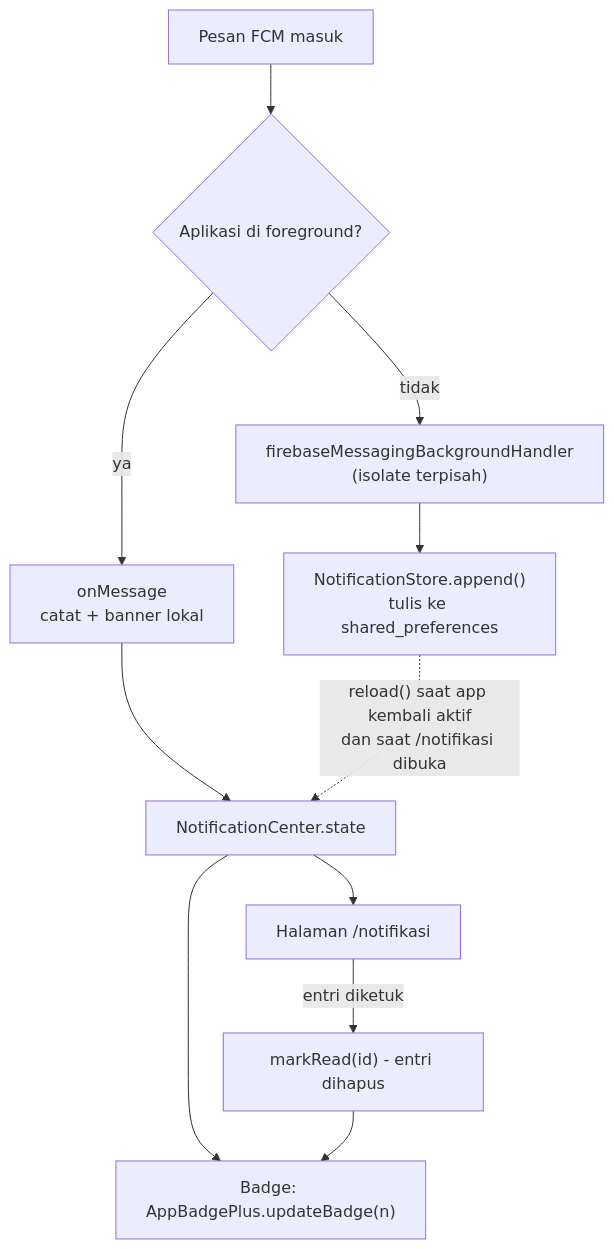
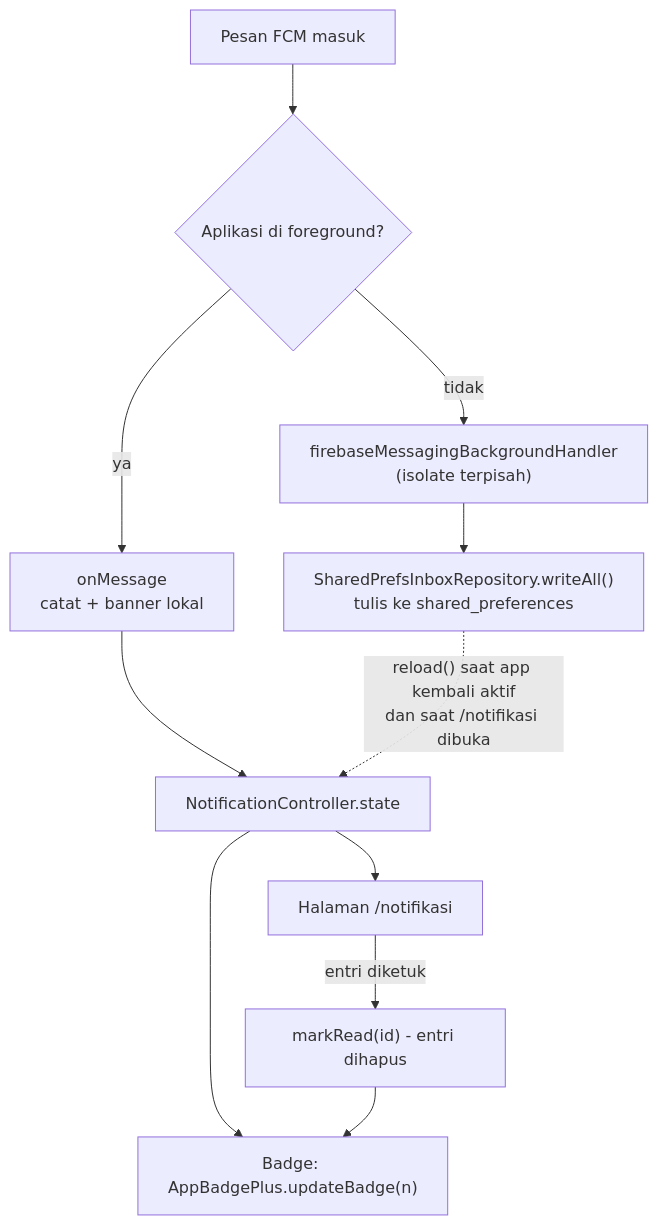
One commit to HooroBoy/244107020132-mobile-course changed the eighth of 9 diagrams in Week10/campusnotif/docs/arsitektur.md. Above: the diagram before and after it, drawn with Mermaid. The commit also changed other lines of this file and 84 other files, not shown here.

````diff
--- a/Week10/campusnotif/docs/arsitektur.md
+++ b/Week10/campusnotif/docs/arsitektur.md
@@ -357,13 +367,13 @@
 ```mermaid
 flowchart TB
   A["Pesan FCM masuk"] --> B{"Aplikasi di foreground?"}
   B -- ya --> C["onMessage<br/>catat + banner lokal"]
   B -- tidak --> D["firebaseMessagingBackgroundHandler<br/>(isolate terpisah)"]
-  D --> E["NotificationStore.append()<br/>tulis ke shared_preferences"]
-  C --> F["NotificationCenter.state"]
+  D --> E["SharedPrefsInboxRepository.writeAll()<br/>tulis ke shared_preferences"]
+  C --> F["NotificationController.state"]
   E -.->|"reload() saat app kembali aktif<br/>dan saat /notifikasi dibuka"| F
   F --> G["Badge: AppBadgePlus.updateBadge(n)"]
   F --> H["Halaman /notifikasi"]
   H -->|"entri diketuk"| I["markRead(id) - entri dihapus"]
   I --> G
 ```
````
